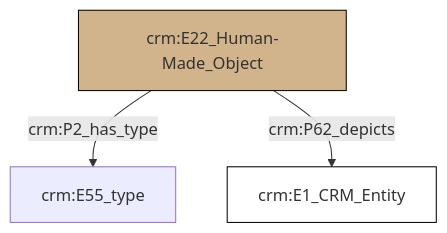
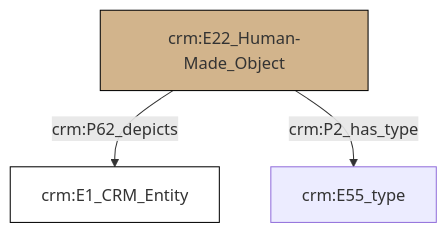
Before and after one commit to swiss-art-research-net/reference-data-models: the diagram in et/builtWorkCSV/ttl/mmd/Built_Work_aboutness.ttl.mmd, drawn with Mermaid. The commit also changed 128 other files, not shown here.

```diff
--- a/et/builtWorkCSV/ttl/mmd/Built_Work_aboutness.ttl.mmd
+++ b/et/builtWorkCSV/ttl/mmd/Built_Work_aboutness.ttl.mmd
@@ -1,17 +1,17 @@
 graph TD
 classDef Literal fill:#f2f2f2,stroke:#000000;
 classDef CRM_Entity fill:#FFFFFF,stroke:#000000;
 classDef Temporal_Entity fill:#00C9E6, stroke:#000000;
 classDef Type fill:#E18312, stroke:#000000;
 classDef Time-Span fill:#2C9C91, stroke:#000000;
 classDef Appellation fill:#FFEB7F, stroke:#000000;
 classDef Place fill:#008836, stroke:#000000;
 classDef Persistent_Item fill:#B266B2, stroke:#000000;
 classDef Conceptual_Object fill:#FFD700, stroke:#000000;
 classDef Physical_Thing fill:#D2B48C, stroke:#000000;
 classDef Actor fill:#f58aad, stroke:#000000;
 classDef PC_Classes fill:#4ce600, stroke:#000000;
 classDef Multi fill:#cccccc,stroke:#000000;
 
-4["crm:E22_Human-Made_Object"]:::Physical_Thing -->|crm:P2_has_type| 0["crm:E55_type"]:::Default
-4["crm:E22_Human-Made_Object"]:::Physical_Thing -->|crm:P62_depicts| 2["crm:E1_CRM_Entity"]:::CRM_Entity
+0["crm:E22_Human-Made_Object"]:::Physical_Thing -->|crm:P62_depicts| 1["crm:E1_CRM_Entity"]:::CRM_Entity
+0["crm:E22_Human-Made_Object"]:::Physical_Thing -->|crm:P2_has_type| 4["crm:E55_type"]:::Default
```
